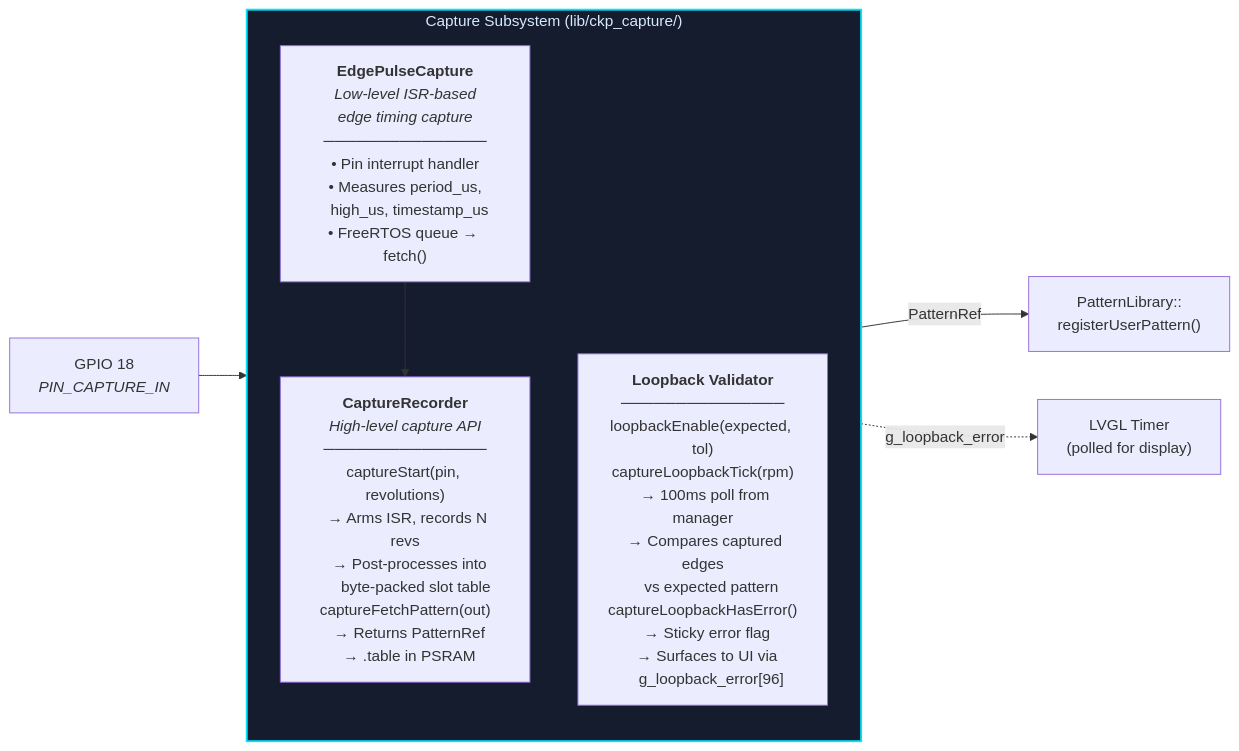
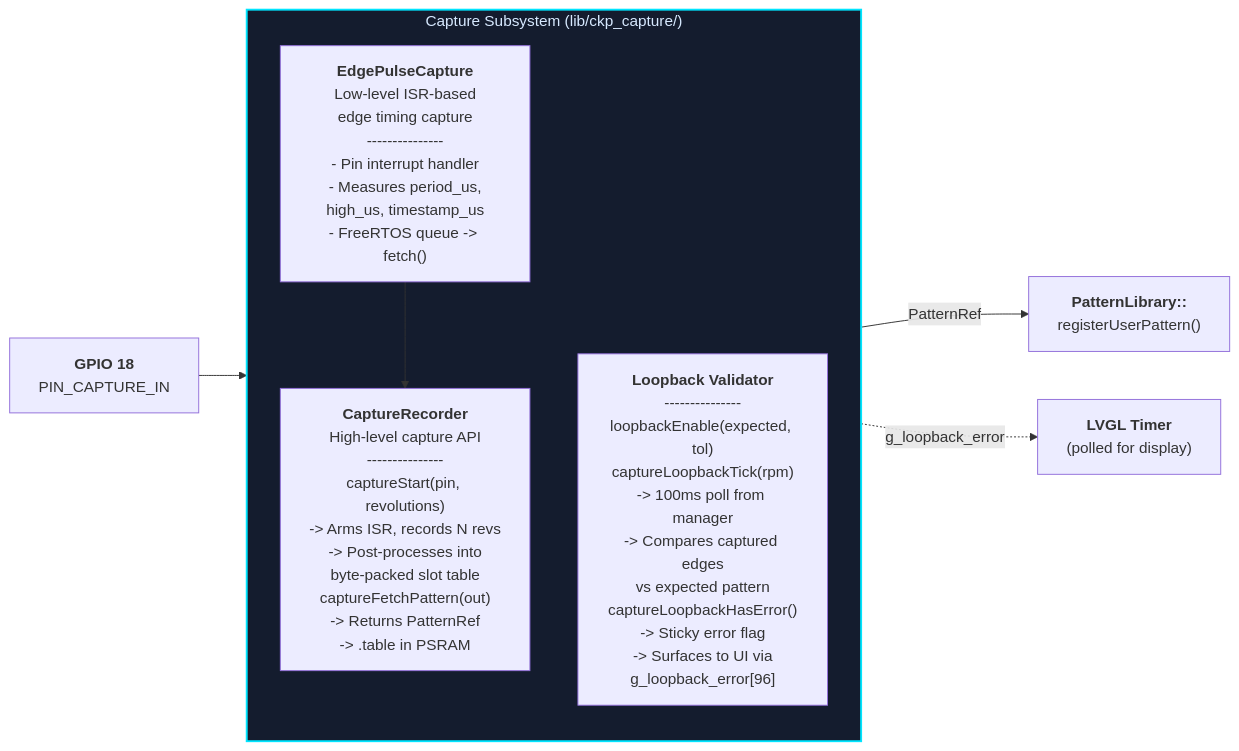
Before and after one commit to mfares-88/Signal_Generator: the ninth of 11 diagrams in _0.Overview-Diagram/architecture_diagram.md, drawn with Mermaid. The commit also changed other lines of this file and 3 other files, not shown here.

````diff
--- a/_0.Overview-Diagram/architecture_diagram.md
+++ b/_0.Overview-Diagram/architecture_diagram.md
@@ -470,19 +732,48 @@
 ```mermaid
 flowchart LR
     subgraph CAPTURE["Capture Subsystem (lib/ckp_capture/)"]
         direction TB
 
-        EDGE["<b>EdgePulseCapture</b><br/><i>Low-level ISR-based</i><br/><i>edge timing capture</i><br/>───────────────<br/>• Pin interrupt handler<br/>• Measures period_us,<br/>  high_us, timestamp_us<br/>• FreeRTOS queue → fetch()"]
+        EDGE["`**EdgePulseCapture**
+        Low-level ISR-based
+        edge timing capture
+        ---------------
+        - Pin interrupt handler
+        - Measures period_us,
+          high_us, timestamp_us
+        - FreeRTOS queue -> fetch()`"]
 
-        RECORDER["<b>CaptureRecorder</b><br/><i>High-level capture API</i><br/>───────────────<br/>captureStart(pin, revolutions)<br/>  → Arms ISR, records N revs<br/>  → Post-processes into<br/>     byte-packed slot table<br/>captureFetchPattern(out)<br/>  → Returns PatternRef<br/>  → .table in PSRAM"]
+        RECORDER["`**CaptureRecorder**
+        High-level capture API
+        ---------------
+        captureStart(pin, revolutions)
+          -> Arms ISR, records N revs
+          -> Post-processes into
+             byte-packed slot table
+        captureFetchPattern(out)
+          -> Returns PatternRef
+          -> .table in PSRAM`"]
 
-        LOOPBACK["<b>Loopback Validator</b><br/>───────────────<br/>loopbackEnable(expected, tol)<br/>captureLoopbackTick(rpm)<br/>  → 100ms poll from manager<br/>  → Compares captured edges<br/>    vs expected pattern<br/>captureLoopbackHasError()<br/>  → Sticky error flag<br/>  → Surfaces to UI via<br/>    g_loopback_error[96]"]
+        LOOPBACK["`**Loopback Validator**
+        ---------------
+        loopbackEnable(expected, tol)
+        captureLoopbackTick(rpm)
+          -> 100ms poll from manager
+          -> Compares captured edges
+            vs expected pattern
+        captureLoopbackHasError()
+          -> Sticky error flag
+          -> Surfaces to UI via
+            g_loopback_error[96]`"]
     end
 
-    PIN18["GPIO 18<br/><i>PIN_CAPTURE_IN</i>"] --> EDGE
+    PIN18["`**GPIO 18**
+    PIN_CAPTURE_IN`"] --> EDGE
     EDGE --> RECORDER
-    RECORDER -->|"PatternRef"| PLIB["PatternLibrary::<br/>registerUserPattern()"]
-    LOOPBACK -.->|"g_loopback_error"| LVGL_POLL["LVGL Timer<br/>(polled for display)"]
+    RECORDER -->|"PatternRef"| PLIB["`**PatternLibrary::**
+    registerUserPattern()`"]
+    LOOPBACK -.->|"g_loopback_error"| LVGL_POLL["`**LVGL Timer**
+    (polled for display)`"]
 
     style CAPTURE fill:#141C2E,stroke:#00E5FF,stroke-width:2px,color:#D7E9FF
 ```
````
